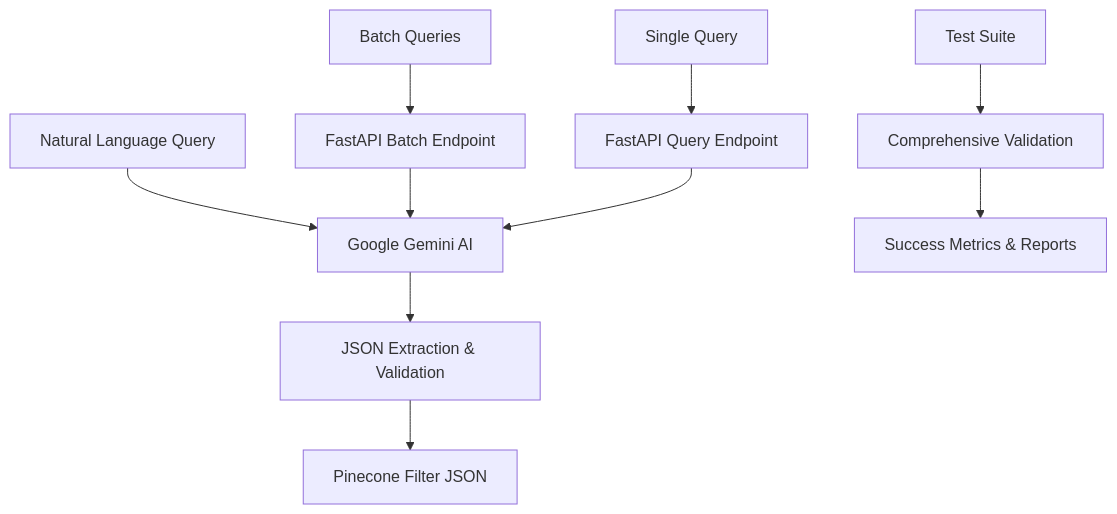
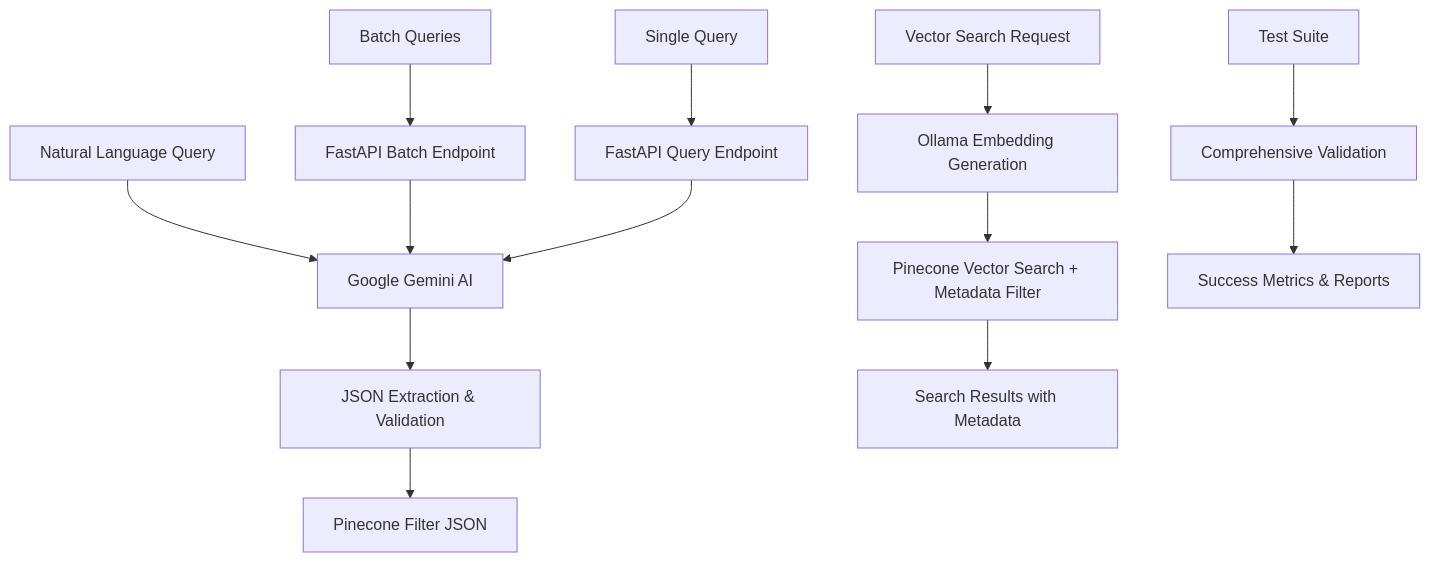
The diagram in README.md (NIHAAL084/NL2Pinecone_Query_Agent), drawn with Mermaid before and after one commit. The commit also changed other lines of this file and 5 other files, not shown here.

````diff
--- a/README.md
+++ b/README.md
@@ -20,15 +21,19 @@
 ```mermaid
 graph TD
     A[Natural Language Query] --> B[Google Gemini AI]
     B --> C[JSON Extraction & Validation]
     C --> D[Pinecone Filter JSON]
     
     E[Batch Queries] --> F[FastAPI Batch Endpoint]
     F --> B
     
     G[Single Query] --> H[FastAPI Query Endpoint]
     H --> B
     
-    I[Test Suite] --> J[Comprehensive Validation]
-    J --> K[Success Metrics & Reports]
+    I[Vector Search Request] --> J[Ollama Embedding Generation]
+    J --> K[Pinecone Vector Search + Metadata Filter]
+    K --> L[Search Results with Metadata]
+    
+    M[Test Suite] --> N[Comprehensive Validation]
+    N --> O[Success Metrics & Reports]
 ```
````
